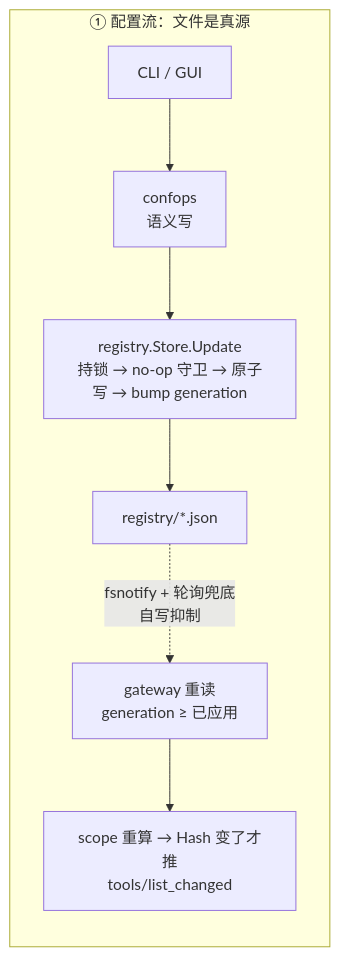
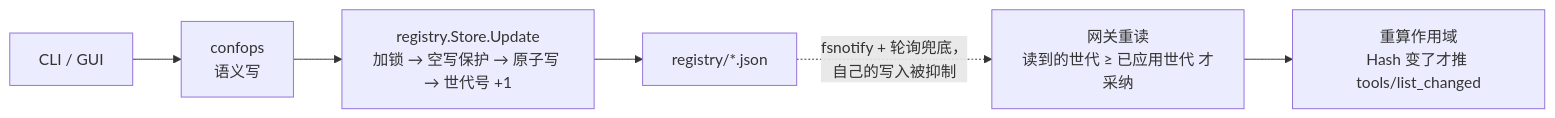
The fourth of 6 diagrams in docs/zh-CN/architecture.md (dinstein/agent-hub), drawn with Mermaid before and after one commit. The commit also changed other lines of this file and 90 other files, not shown here.

First line of the commit message:
docs: rewrite architecture, and cite sections by name

````diff
--- a/docs/zh-CN/architecture.md
+++ b/docs/zh-CN/architecture.md
@@ -240,10 +201,5 @@
 ```mermaid
 flowchart LR
-    subgraph cfg["① 配置流：文件是真源"]
-        W1["CLI / GUI"] --> W2["confops<br/>语义写"]
-        W2 --> W3["registry.Store.Update<br/>持锁 → no-op 守卫 → 原子写 → bump generation"]
-        W3 --> W4["registry/*.json"]
-        W4 -.->|"fsnotify + 轮询兜底<br/>自写抑制"| W5["gateway 重读<br/>generation ≥ 已应用"]
-        W5 --> W6["scope 重算 → Hash 变了才推<br/>tools/list_changed"]
-    end
+    W1["CLI / GUI"] --> W2["confops<br/>语义写"] --> W3["registry.Store.Update<br/>加锁 → 空写保护 → 原子写 → 世代号 +1"] --> W4["registry/*.json"]
+    W4 -.->|"fsnotify + 轮询兜底，<br/>自己的写入被抑制"| W5["网关重读<br/>读到的世代 ≥ 已应用世代 才采纳"] --> W6["重算作用域<br/>Hash 变了才推 tools/list_changed"]
 ```
````
